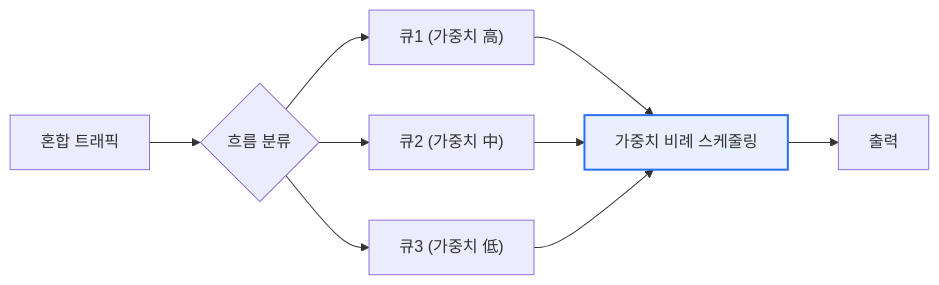
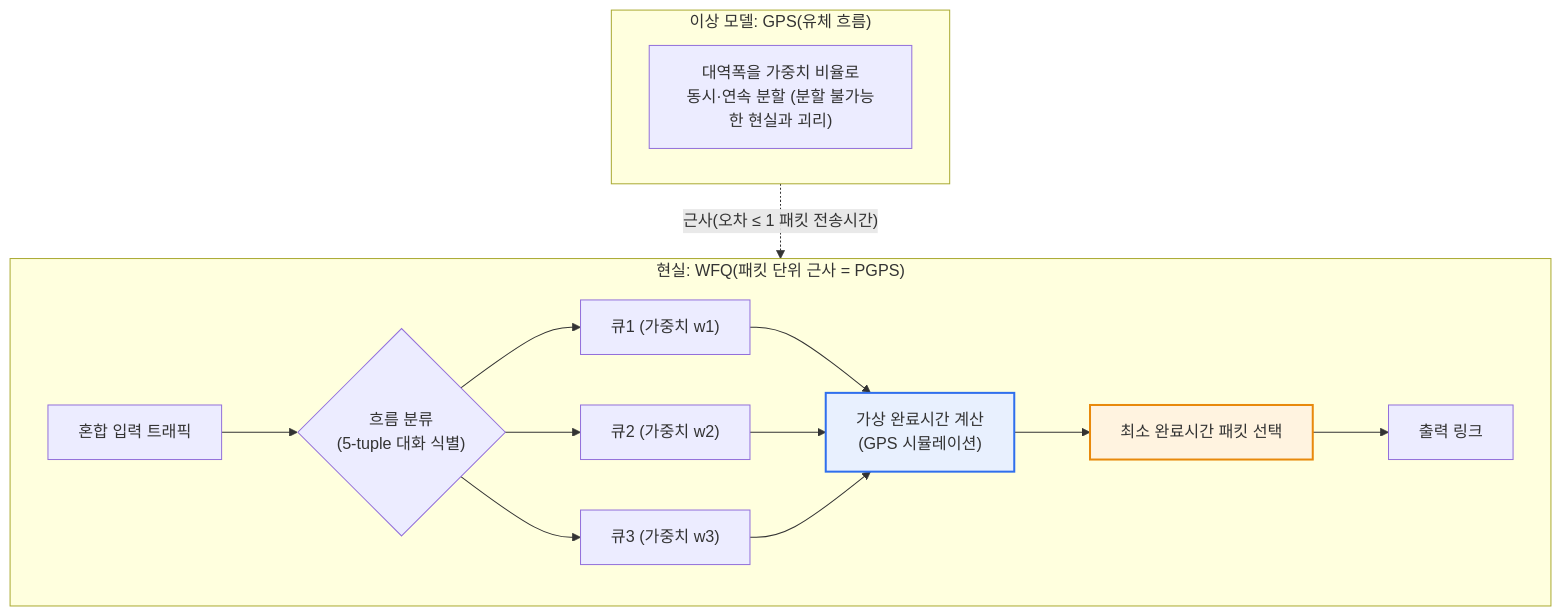
The first of 2 diagrams in content/wfq.md (coninggu/wjdqhrhksflrltnftk), drawn with Mermaid before and after one commit. The commit also changed other lines of this file and 3 other files, not shown here.

````diff
--- a/content/wfq.md
+++ b/content/wfq.md
@@ -15,9 +22,19 @@
 ```mermaid
-flowchart LR
-  IN["혼합 트래픽"] --> C{"흐름 분류"}
-  C --> Q1["큐1 (가중치 高)"]
-  C --> Q2["큐2 (가중치 中)"]
-  C --> Q3["큐3 (가중치 低)"]
-  Q1 & Q2 & Q3 --> S["가중치 비례 스케줄링"] --> OUT["출력"]
-  style S fill:#e8f0fe,stroke:#2f6fed,stroke-width:2px
+flowchart TB
+  subgraph IDEAL["이상 모델: GPS(유체 흐름)"]
+    G["대역폭을 가중치 비율로<br/>동시·연속 분할 (분할 불가능한 현실과 괴리)"]
+  end
+  subgraph REAL["현실: WFQ(패킷 단위 근사 = PGPS)"]
+    direction LR
+    IN["혼합 입력 트래픽"] --> CL{"흐름 분류<br/>(5-tuple 대화 식별)"}
+    CL --> Q1["큐1 (가중치 w1)"]
+    CL --> Q2["큐2 (가중치 w2)"]
+    CL --> Q3["큐3 (가중치 w3)"]
+    Q1 & Q2 & Q3 --> VT["가상 완료시간 계산<br/>(GPS 시뮬레이션)"]
+    VT --> SEL["최소 완료시간 패킷 선택"]
+    SEL --> OUT["출력 링크"]
+  end
+  IDEAL -. 근사(오차 ≤ 1 패킷 전송시간) .-> REAL
+  style VT fill:#e8f0fe,stroke:#2f6fed,stroke-width:2px
+  style SEL fill:#fff3e0,stroke:#e8890c,stroke-width:2px
 ```
````
